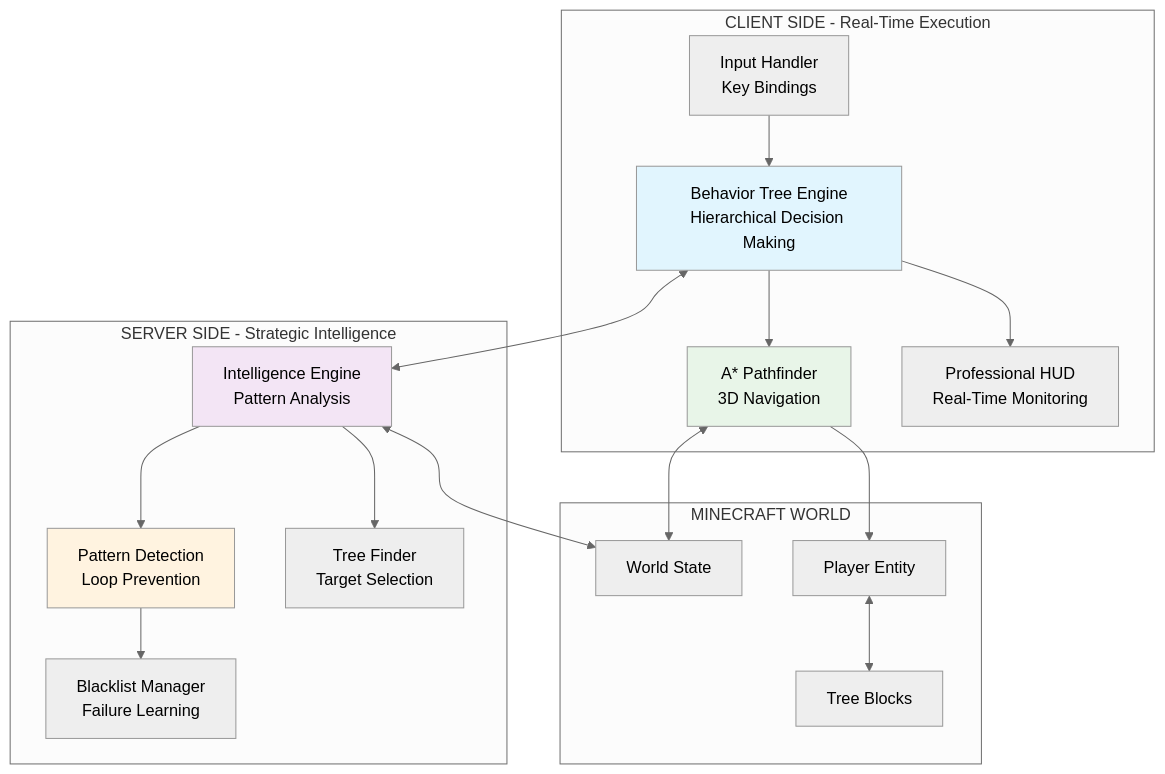
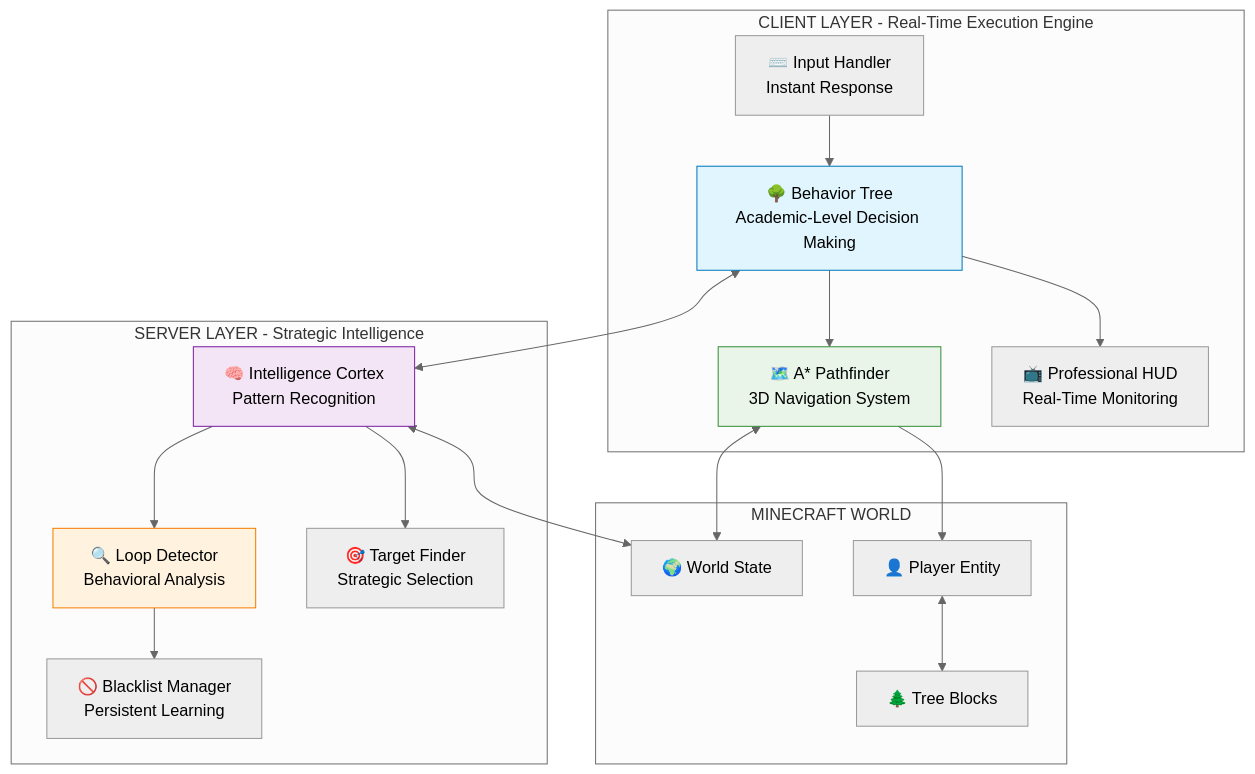
Before and after one commit to AfyKirby1/ChipperChopper: the diagram in README.md, drawn with Mermaid (neutral theme). The commit also changed other lines of this file and 7 other files, not shown here.

````diff
--- a/README.md
+++ b/README.md
@@ -52,41 +78,41 @@
 ```mermaid
 graph TB
-    subgraph "CLIENT SIDE - Real-Time Execution"
-        BT[Behavior Tree Engine<br/>Hierarchical Decision Making]
-        AP[A* Pathfinder<br/>3D Navigation]
-        HUD[Professional HUD<br/>Real-Time Monitoring]
-        INPUT[Input Handler<br/>Key Bindings]
+    subgraph "CLIENT LAYER - Real-Time Execution Engine"
+        BT[🌳 Behavior Tree<br/>Academic-Level Decision Making]
+        AP[🗺️ A* Pathfinder<br/>3D Navigation System]
+        HUD[📺 Professional HUD<br/>Real-Time Monitoring]
+        INPUT[⌨️ Input Handler<br/>Instant Response]
     end
     
-    subgraph "SERVER SIDE - Strategic Intelligence"
-        SI[Intelligence Engine<br/>Pattern Analysis]
-        PD[Pattern Detection<br/>Loop Prevention]
-        BL[Blacklist Manager<br/>Failure Learning]
-        TF[Tree Finder<br/>Target Selection]
+    subgraph "SERVER LAYER - Strategic Intelligence"
+        SI[🧠 Intelligence Cortex<br/>Pattern Recognition]
+        PD[🔍 Loop Detector<br/>Behavioral Analysis]
+        BL[🚫 Blacklist Manager<br/>Persistent Learning]
+        TF[🎯 Target Finder<br/>Strategic Selection]
     end
     
     subgraph "MINECRAFT WORLD"
-        WORLD[World State]
-        PLAYER[Player Entity]
-        TREES[Tree Blocks]
+        WORLD[🌍 World State]
+        PLAYER[👤 Player Entity]
+        TREES[🌲 Tree Blocks]
     end
     
     INPUT --> BT
     BT --> AP
     AP --> PLAYER
     BT --> HUD
     
     SI --> PD
     PD --> BL
     SI --> TF
     
     BT <--> SI
     SI <--> WORLD
     AP <--> WORLD
     PLAYER <--> TREES
     
-    style BT fill:#e1f5fe
-    style SI fill:#f3e5f5
-    style AP fill:#e8f5e8
-    style PD fill:#fff3e0
+    style BT fill:#e1f5fe,stroke:#0277bd
+    style SI fill:#f3e5f5,stroke:#7b1fa2
+    style AP fill:#e8f5e8,stroke:#388e3c
+    style PD fill:#fff3e0,stroke:#f57c00
 ```
````
